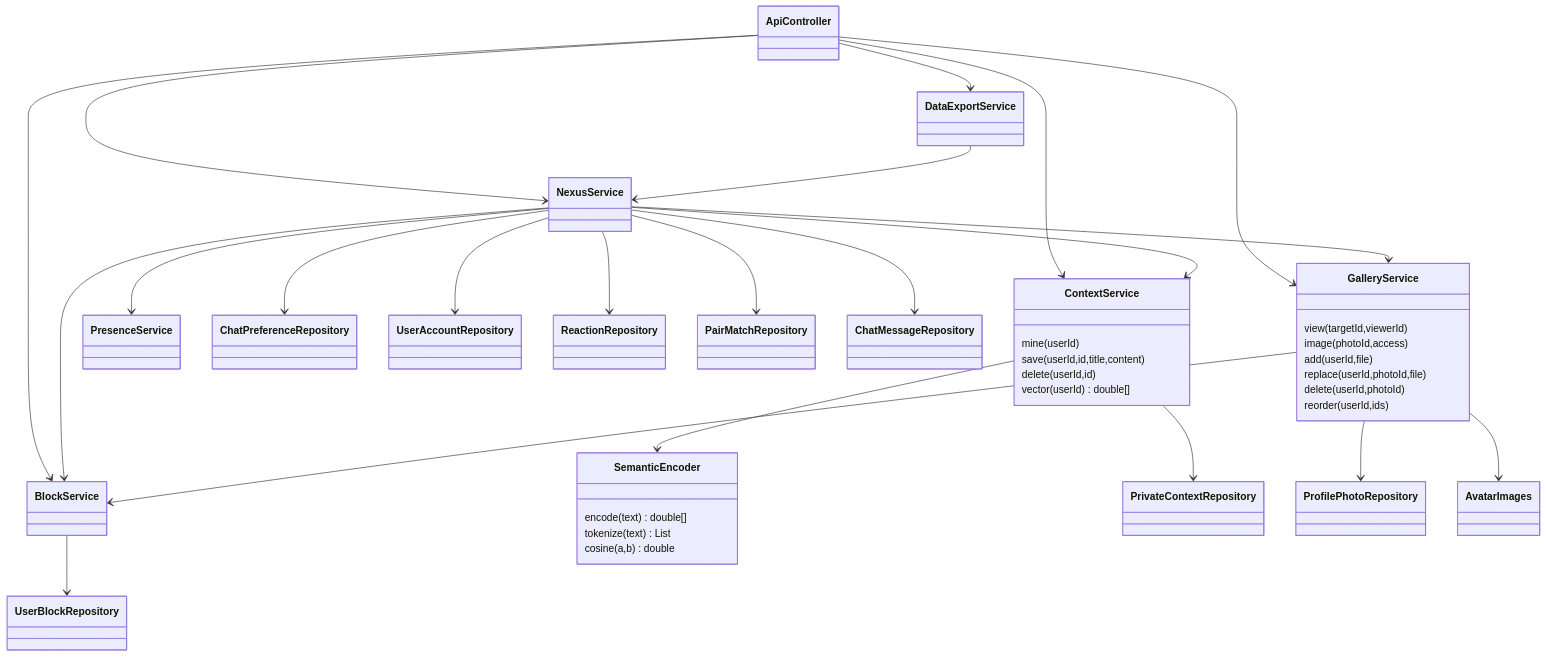
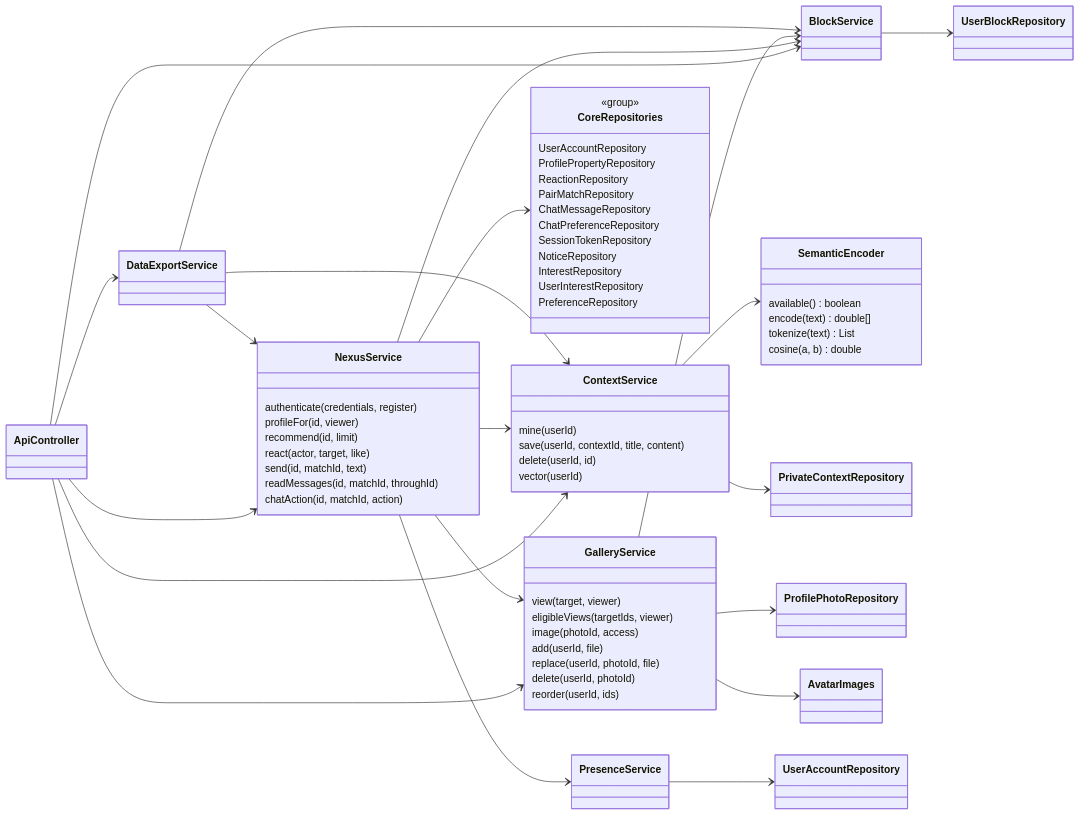
One commit to SMART-DATING/nexus-docs changed the diagram in diagrams/UML.md. Above: the diagram before and after it, drawn with Mermaid. The commit also changed other lines of this file and 62 other files, not shown here.

Commit message:
docs: align requirements, API and diagrams with current Nexus

````diff
--- a/diagrams/UML.md
+++ b/diagrams/UML.md
@@ -3,43 +18,70 @@
 ```mermaid
 classDiagram
- ApiController --> NexusService
- ApiController --> ContextService
- ApiController --> GalleryService
- ApiController --> BlockService
- ApiController --> DataExportService
- NexusService --> ContextService
- NexusService --> GalleryService
- NexusService --> BlockService
- NexusService --> PresenceService
- NexusService --> ChatPreferenceRepository
- BlockService --> UserBlockRepository
- GalleryService --> BlockService
- DataExportService --> NexusService
- ContextService --> SemanticEncoder
- ContextService --> PrivateContextRepository
- GalleryService --> ProfilePhotoRepository
- GalleryService --> AvatarImages
- NexusService --> UserAccountRepository
- NexusService --> ReactionRepository
- NexusService --> PairMatchRepository
- NexusService --> ChatMessageRepository
- class SemanticEncoder {
-  encode(text) double[]
-  tokenize(text) List
-  cosine(a,b) double
- }
- class ContextService {
-  mine(userId)
-  save(userId,id,title,content)
-  delete(userId,id)
-  vector(userId) double[]
- }
- class GalleryService {
-  view(targetId,viewerId)
-  image(photoId,access)
-  add(userId,file)
-  replace(userId,photoId,file)
-  delete(userId,photoId)
-  reorder(userId,ids)
- }
+  accTitle: UML основных сервисов Nexus
+  accDescr: ApiController вызывает NexusService и специализированные сервисы. Репозитории и локальный SemanticEncoder выделены отдельными зависимостями. Показан выбранный срез, не все поля классов.
+  direction LR
+  ApiController --> NexusService
+  ApiController --> ContextService
+  ApiController --> GalleryService
+  ApiController --> BlockService
+  ApiController --> DataExportService
+  NexusService --> ContextService
+  NexusService --> GalleryService
+  NexusService --> BlockService
+  NexusService --> PresenceService
+  NexusService --> CoreRepositories
+  ContextService --> SemanticEncoder
+  ContextService --> PrivateContextRepository
+  GalleryService --> BlockService
+  GalleryService --> ProfilePhotoRepository
+  GalleryService --> AvatarImages
+  DataExportService --> NexusService
+  DataExportService --> ContextService
+  DataExportService --> BlockService
+  BlockService --> UserBlockRepository
+  PresenceService --> UserAccountRepository
+  class CoreRepositories {
+    <<group>>
+    UserAccountRepository
+    ProfilePropertyRepository
+    ReactionRepository
+    PairMatchRepository
+    ChatMessageRepository
+    ChatPreferenceRepository
+    SessionTokenRepository
+    NoticeRepository
+    InterestRepository
+    UserInterestRepository
+    PreferenceRepository
+  }
+  class NexusService {
+    authenticate(credentials, register)
+    profileFor(id, viewer)
+    recommend(id, limit)
+    react(actor, target, like)
+    send(id, matchId, text)
+    readMessages(id, matchId, throughId)
+    chatAction(id, matchId, action)
+  }
+  class ContextService {
+    mine(userId)
+    save(userId, contextId, title, content)
+    delete(userId, id)
+    vector(userId)
+  }
+  class SemanticEncoder {
+    available() boolean
+    encode(text) double[]
+    tokenize(text) List
+    cosine(a, b) double
+  }
+  class GalleryService {
+    view(target, viewer)
+    eligibleViews(targetIds, viewer)
+    image(photoId, access)
+    add(userId, file)
+    replace(userId, photoId, file)
+    delete(userId, photoId)
+    reorder(userId, ids)
+  }
 ```
````
